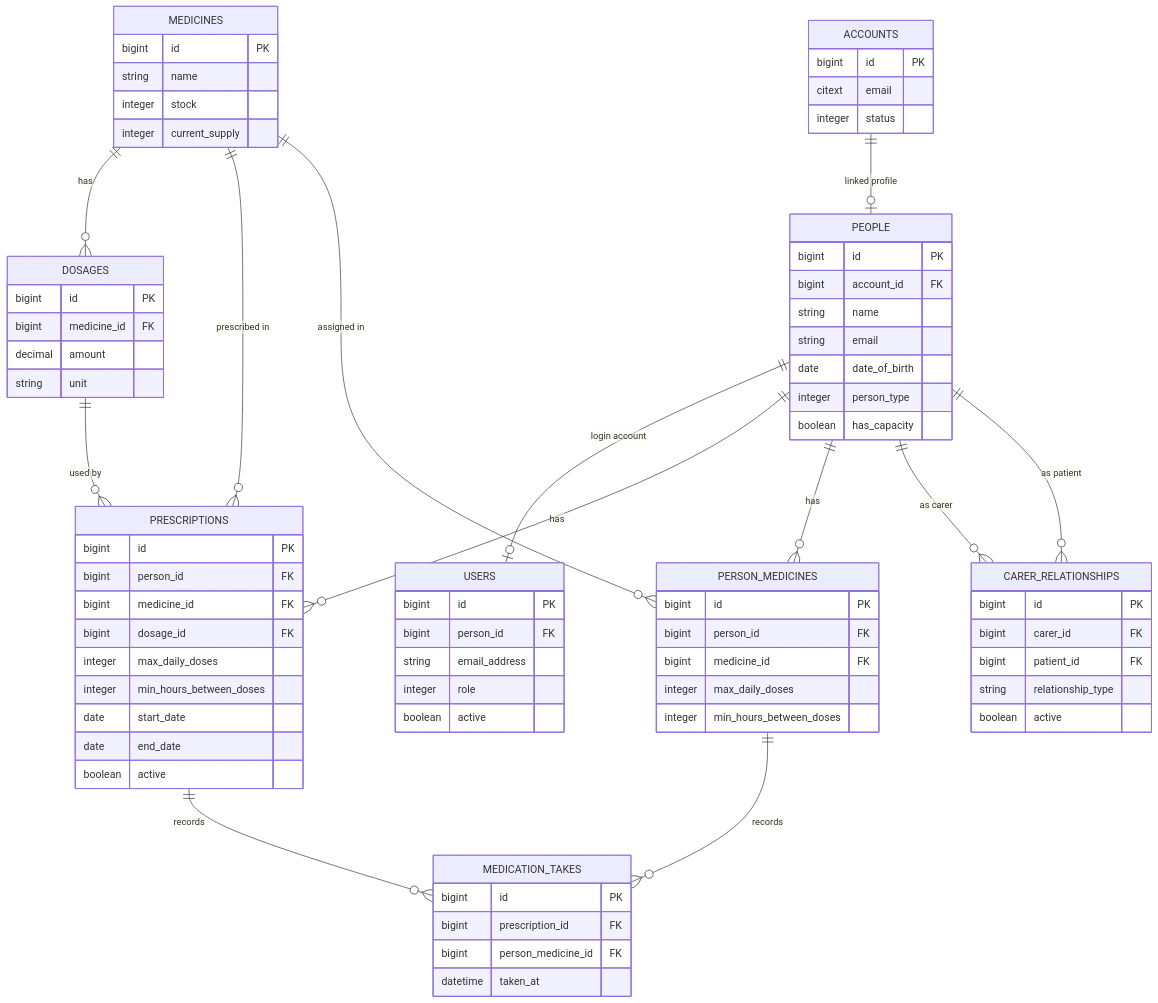
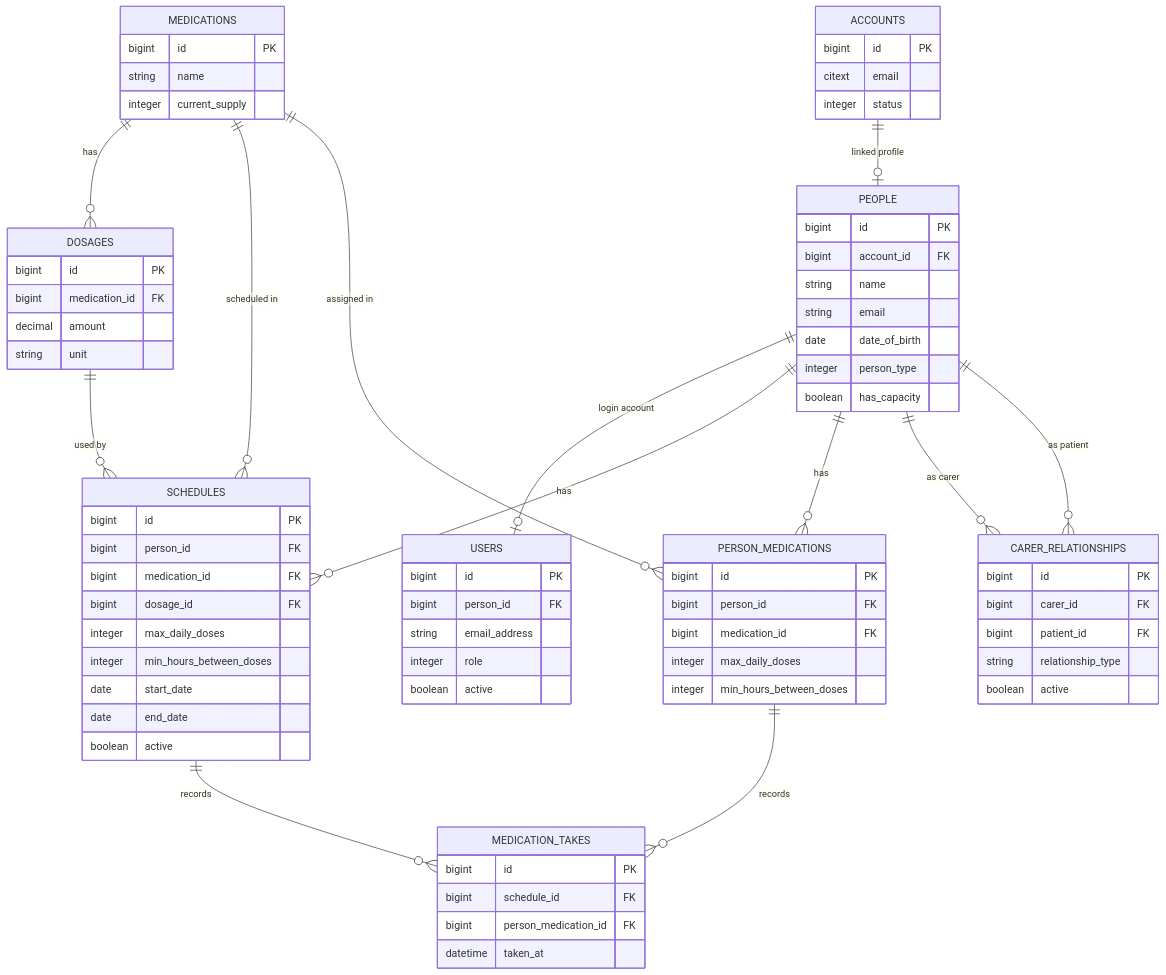
The diagram in docs/database-relationships.md (damacus/med-tracker), drawn with Mermaid before and after one commit. The commit also changed other lines of this file and 236 other files, not shown here.

Commit message:
feat: rename medicines to medications and prescriptions to schedules

````diff
--- a/docs/database-relationships.md
+++ b/docs/database-relationships.md
@@ -28,24 +28,23 @@
       boolean active
     }
 
-    MEDICINES {
+    MEDICATIONS {
       bigint id PK
       string name
-      integer stock
       integer current_supply
     }
 
     DOSAGES {
       bigint id PK
-      bigint medicine_id FK
+      bigint medication_id FK
       decimal amount
       string unit
     }
 
-    PRESCRIPTIONS {
+    SCHEDULES {
       bigint id PK
       bigint person_id FK
-      bigint medicine_id FK
+      bigint medication_id FK
       bigint dosage_id FK
       integer max_daily_doses
       integer min_hours_between_doses
@@ -54,18 +53,18 @@
       boolean active
     }
 
-    PERSON_MEDICINES {
+    PERSON_MEDICATIONS {
       bigint id PK
       bigint person_id FK
-      bigint medicine_id FK
+      bigint medication_id FK
       integer max_daily_doses
       integer min_hours_between_doses
     }
 
     MEDICATION_TAKES {
       bigint id PK
-      bigint prescription_id FK
-      bigint person_medicine_id FK
+      bigint schedule_id FK
+      bigint person_medication_id FK
       datetime taken_at
     }
 
@@ -79,14 +78,14 @@
 
     ACCOUNTS ||--o| PEOPLE : "linked profile"
     PEOPLE ||--o| USERS : "login account"
-    MEDICINES ||--o{ DOSAGES : "has"
-    PEOPLE ||--o{ PRESCRIPTIONS : "has"
-    PEOPLE ||--o{ PERSON_MEDICINES : "has"
-    MEDICINES ||--o{ PRESCRIPTIONS : "prescribed in"
-    MEDICINES ||--o{ PERSON_MEDICINES : "assigned in"
-    DOSAGES ||--o{ PRESCRIPTIONS : "used by"
-    PRESCRIPTIONS ||--o{ MEDICATION_TAKES : "records"
-    PERSON_MEDICINES ||--o{ MEDICATION_TAKES : "records"
+    MEDICATIONS ||--o{ DOSAGES : "has"
+    PEOPLE ||--o{ SCHEDULES : "has"
+    PEOPLE ||--o{ PERSON_MEDICATIONS : "has"
+    MEDICATIONS ||--o{ SCHEDULES : "scheduled in"
+    MEDICATIONS ||--o{ PERSON_MEDICATIONS : "assigned in"
+    DOSAGES ||--o{ SCHEDULES : "used by"
+    SCHEDULES ||--o{ MEDICATION_TAKES : "records"
+    PERSON_MEDICATIONS ||--o{ MEDICATION_TAKES : "records"
     PEOPLE ||--o{ CARER_RELATIONSHIPS : "as carer"
     PEOPLE ||--o{ CARER_RELATIONSHIPS : "as patient"
 ```
````
